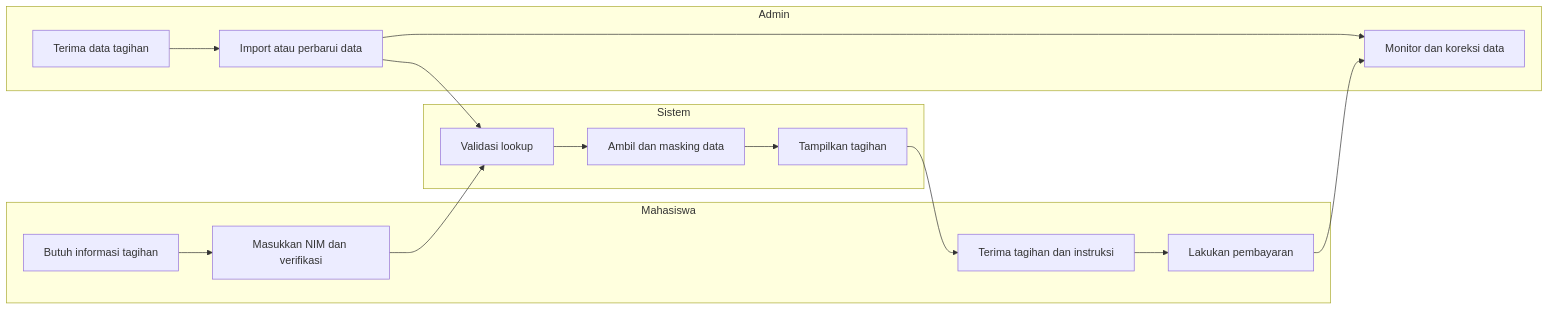
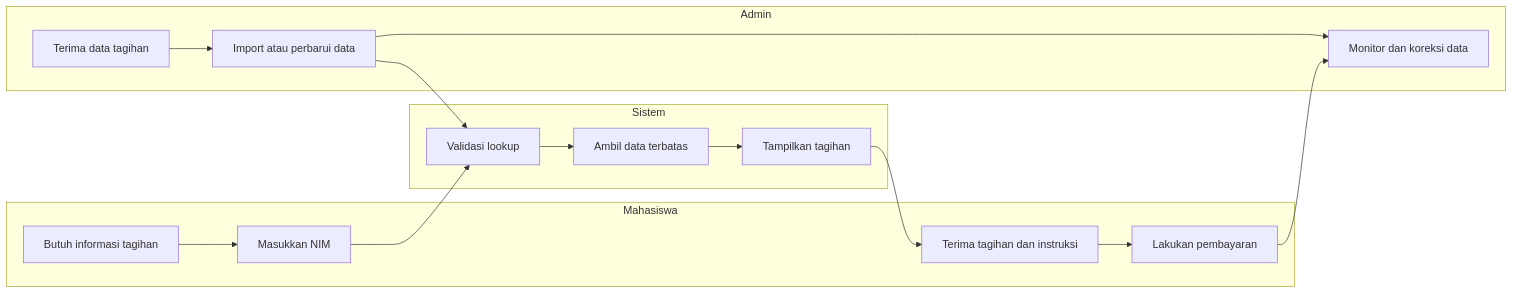
One commit to mtijan/Salut-Cek-Pembayaran changed diagram 17 of 25 in docs/03-diagrams.md. Above: the diagram before and after it, drawn with Mermaid. The commit also changed other lines of this file and 16 other files, not shown here.

Commit message:
feat: establish core project architecture, backend services, documentation, and security baseline definitions

````diff
--- a/docs/03-diagrams.md
+++ b/docs/03-diagrams.md
@@ -506,22 +505,22 @@
 ```mermaid
 flowchart LR
     subgraph Mahasiswa
-        M1[Butuh informasi tagihan] --> M2[Masukkan NIM dan verifikasi]
+        M1[Butuh informasi tagihan] --> M2[Masukkan NIM]
         M3[Terima tagihan dan instruksi] --> M4[Lakukan pembayaran]
     end
 
     subgraph Sistem
-        S1[Validasi lookup] --> S2[Ambil dan masking data]
+        S1[Validasi lookup] --> S2[Ambil data terbatas]
         S2 --> S3[Tampilkan tagihan]
     end
 
     subgraph Admin
         A1[Terima data tagihan] --> A2[Import atau perbarui data]
         A2 --> A3[Monitor dan koreksi data]
     end
 
     A2 --> S1
     M2 --> S1
     S3 --> M3
     M4 --> A3
 ```
````
